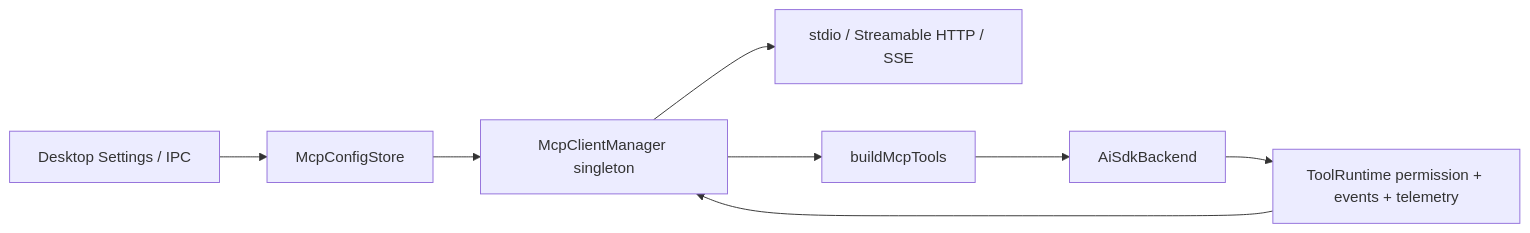
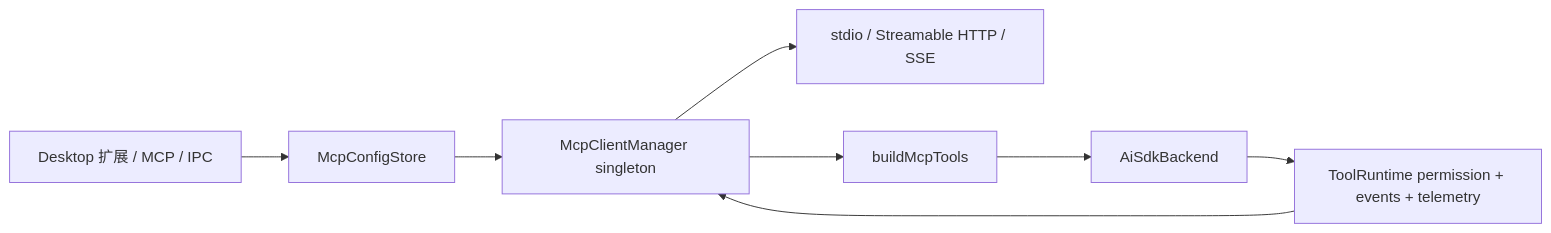
One commit to maka-agent/maka-agent changed the diagram in docs/architecture/mcp-runtime-architecture-draft.zh-CN.md. Above: the diagram before and after it, drawn with Mermaid. The commit also changed other lines of this file and 31 other files, not shown here.

Commit message:
feat(desktop): move MCP into extensions sidebar

````diff
--- a/docs/architecture/mcp-runtime-architecture-draft.zh-CN.md
+++ b/docs/architecture/mcp-runtime-architecture-draft.zh-CN.md
@@ -31,10 +31,10 @@
 ```mermaid
 flowchart LR
-  UI["Desktop Settings / IPC"] --> Store["McpConfigStore"]
+  UI["Desktop 扩展 / MCP / IPC"] --> Store["McpConfigStore"]
   Store --> Manager["McpClientManager singleton"]
   Manager --> Transport["stdio / Streamable HTTP / SSE"]
   Manager --> Adapter["buildMcpTools"]
   Adapter --> Backend["AiSdkBackend"]
   Backend --> Runtime["ToolRuntime permission + events + telemetry"]
   Runtime --> Manager
 ```
````
